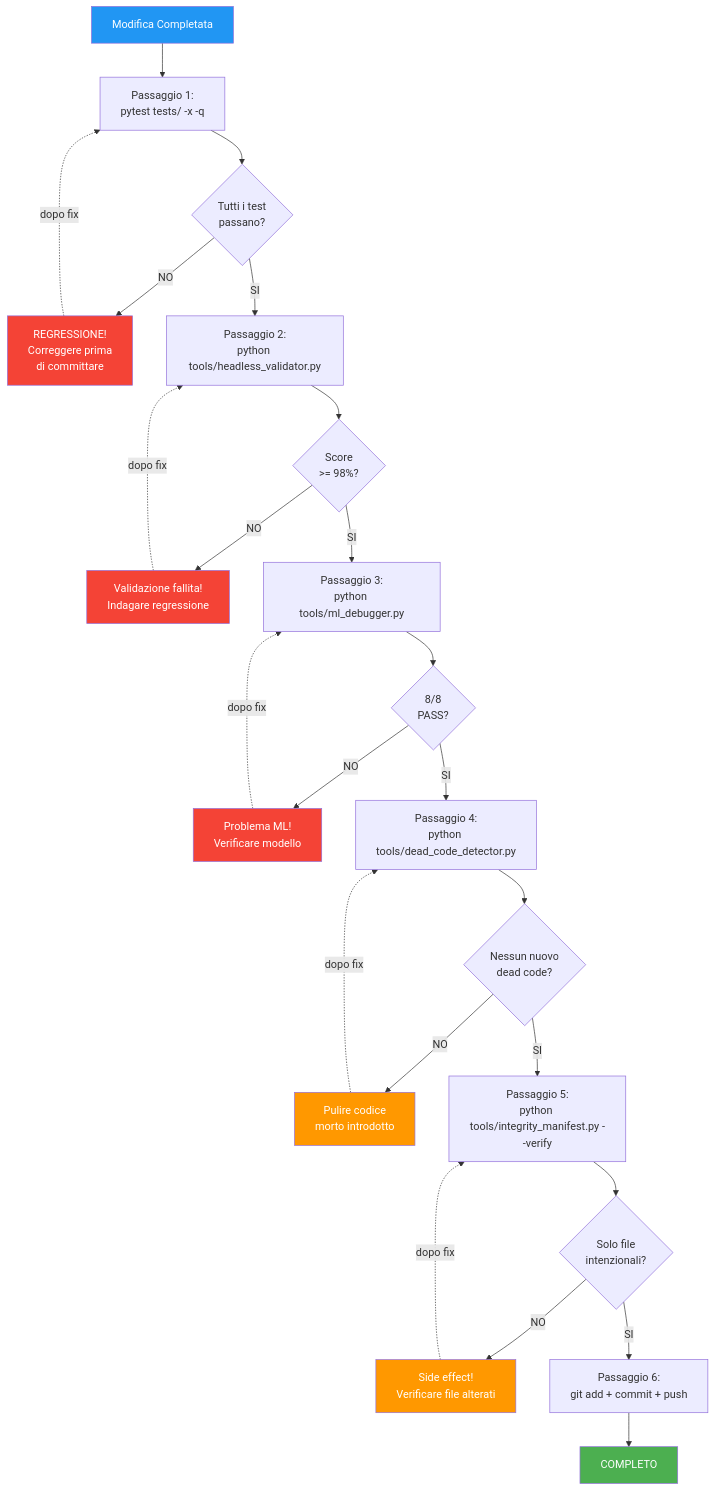
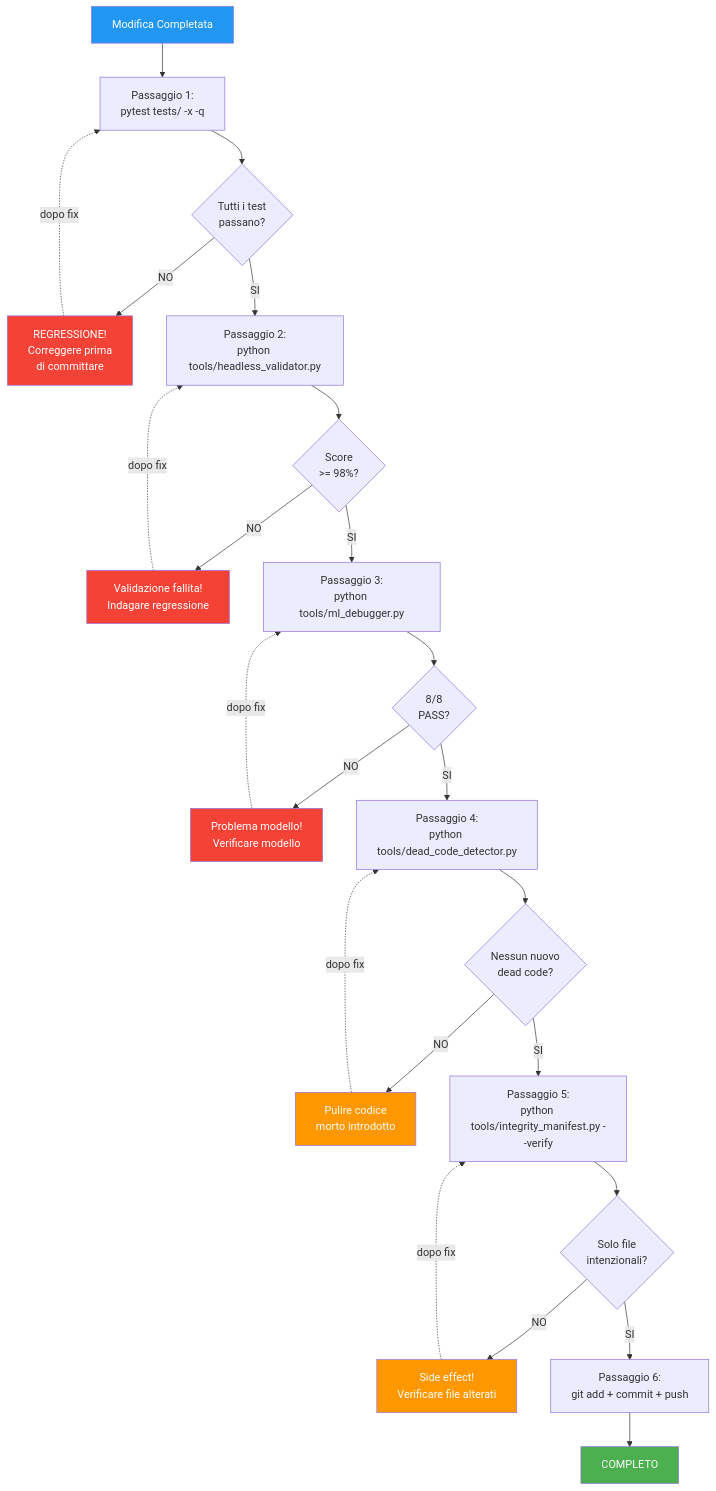
The seventh of 11 diagrams in docs/architecture/sistema-italiano/08_MONITORAGGIO_E_STABILITA.md (renanaugustomacena-ux/invest-smart), drawn with Mermaid before and after one commit. The commit also changed other lines of this file, not shown here.

````diff
--- a/docs/architecture/sistema-italiano/08_MONITORAGGIO_E_STABILITA.md
+++ b/docs/architecture/sistema-italiano/08_MONITORAGGIO_E_STABILITA.md
@@ -690,58 +690,58 @@
 ```mermaid
 flowchart TD
     START["Modifica Completata"]
 
     P1["Passaggio 1:<br/>pytest tests/ -x -q"]
     P1C{"Tutti i test<br/>passano?"}
     P1F["REGRESSIONE!<br/>Correggere prima<br/>di committare"]
 
     P2["Passaggio 2:<br/>python tools/headless_validator.py"]
     P2C{"Score<br/>>= 98%?"}
     P2F["Validazione fallita!<br/>Indagare regressione"]
 
     P3["Passaggio 3:<br/>python tools/ml_debugger.py"]
     P3C{"8/8<br/>PASS?"}
-    P3F["Problema ML!<br/>Verificare modello"]
+    P3F["Problema modello!<br/>Verificare modello"]
 
     P4["Passaggio 4:<br/>python tools/dead_code_detector.py"]
     P4C{"Nessun nuovo<br/>dead code?"}
     P4F["Pulire codice<br/>morto introdotto"]
 
     P5["Passaggio 5:<br/>python tools/integrity_manifest.py --verify"]
     P5C{"Solo file<br/>intenzionali?"}
     P5F["Side effect!<br/>Verificare file alterati"]
 
     P6["Passaggio 6:<br/>git add + commit + push"]
     DONE["COMPLETO"]
 
     START --> P1
     P1 --> P1C
     P1C -->|"NO"| P1F
     P1F -.->|"dopo fix"| P1
     P1C -->|"SI"| P2
     P2 --> P2C
     P2C -->|"NO"| P2F
     P2F -.->|"dopo fix"| P2
     P2C -->|"SI"| P3
     P3 --> P3C
     P3C -->|"NO"| P3F
     P3F -.->|"dopo fix"| P3
     P3C -->|"SI"| P4
     P4 --> P4C
     P4C -->|"NO"| P4F
     P4F -.->|"dopo fix"| P4
     P4C -->|"SI"| P5
     P5 --> P5C
     P5C -->|"NO"| P5F
     P5F -.->|"dopo fix"| P5
     P5C -->|"SI"| P6
     P6 --> DONE
 
     style START fill:#2196F3,color:white
     style DONE fill:#4CAF50,color:white
     style P1F fill:#F44336,color:white
     style P2F fill:#F44336,color:white
     style P3F fill:#F44336,color:white
     style P4F fill:#FF9800,color:white
     style P5F fill:#FF9800,color:white
 ```
````
